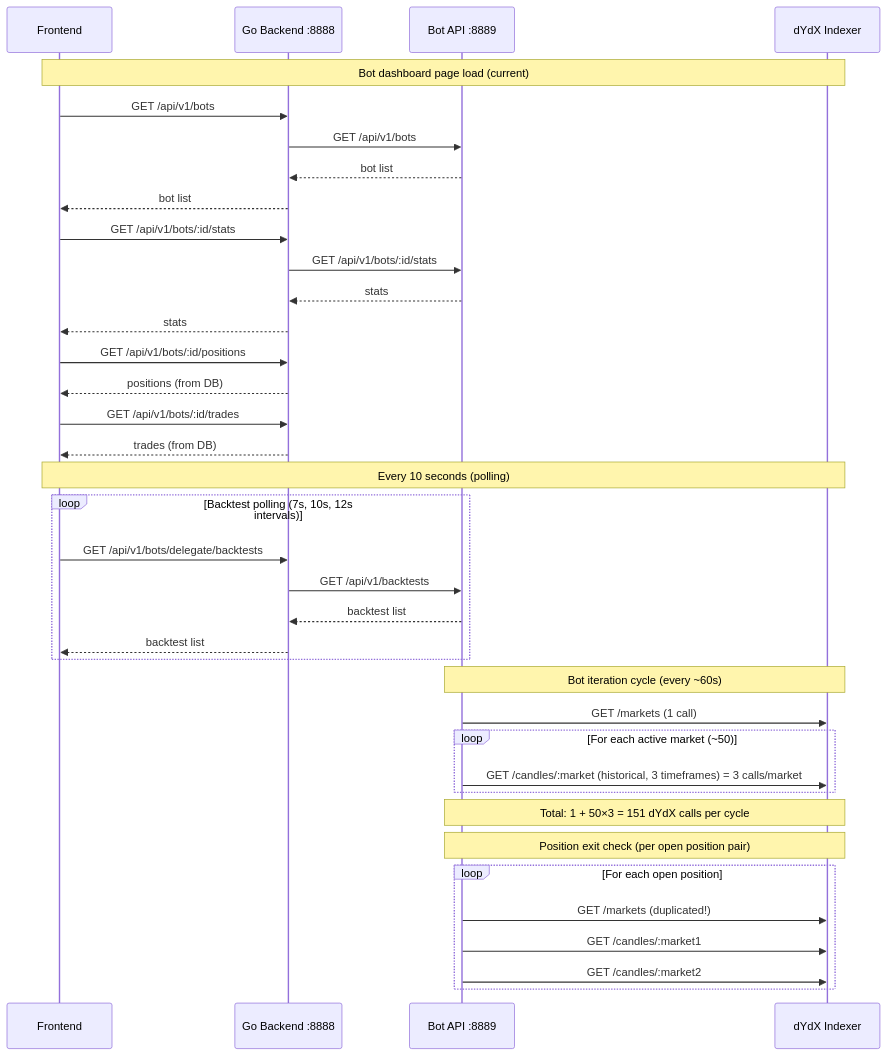
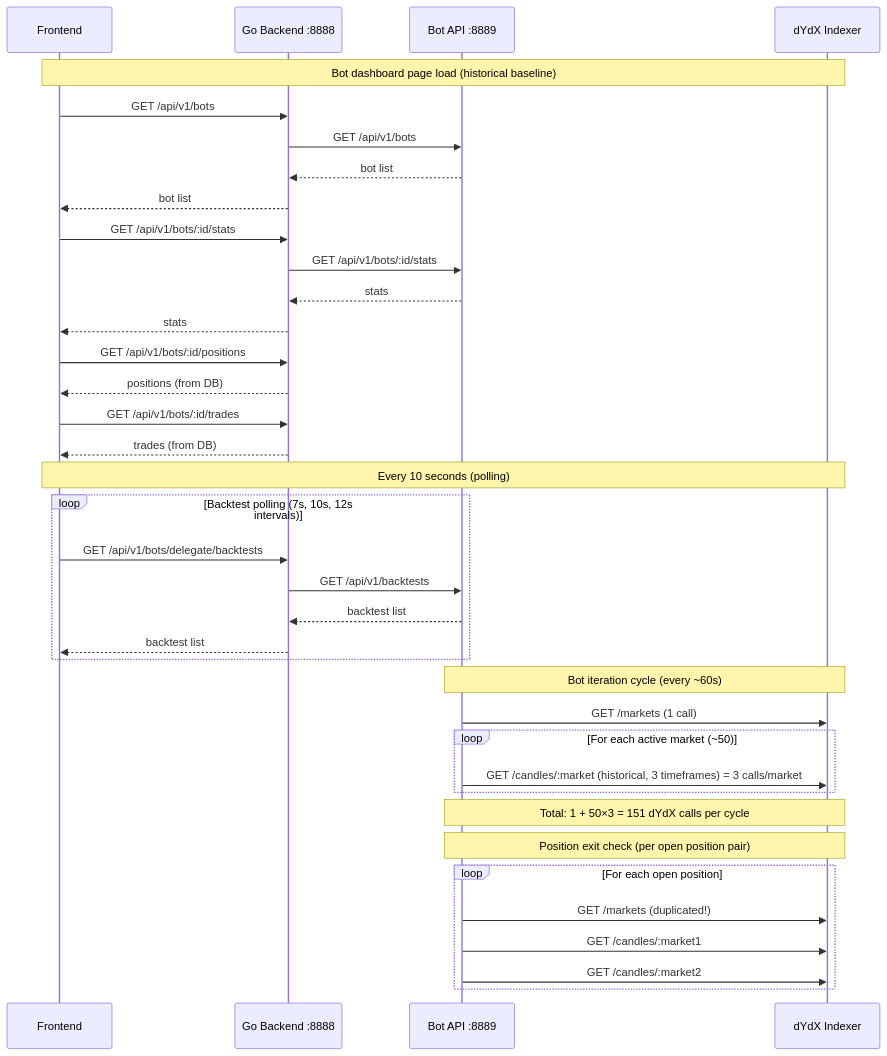
Before and after one commit to cploutarchou/dydx-trading-bot: the first of 4 diagrams in PROJECT_IMPROVEMENT_PLAN.md, drawn with Mermaid. The commit also changed other lines of this file and 14 other files, not shown here.

````diff
--- a/PROJECT_IMPROVEMENT_PLAN.md
+++ b/PROJECT_IMPROVEMENT_PLAN.md
@@ -72,46 +85,46 @@
 ```mermaid
 sequenceDiagram
     participant FE as Frontend
     participant BE as Go Backend :8888
     participant BOT as Bot API :8889
     participant DYDX as dYdX Indexer
 
-    Note over FE,DYDX: Bot dashboard page load (current)
+    Note over FE,DYDX: Bot dashboard page load (historical baseline)
     FE->>BE: GET /api/v1/bots
     BE->>BOT: GET /api/v1/bots
     BOT-->>BE: bot list
     BE-->>FE: bot list
 
     FE->>BE: GET /api/v1/bots/:id/stats
     BE->>BOT: GET /api/v1/bots/:id/stats
     BOT-->>BE: stats
     BE-->>FE: stats
 
     FE->>BE: GET /api/v1/bots/:id/positions
     BE-->>FE: positions (from DB)
 
     FE->>BE: GET /api/v1/bots/:id/trades
     BE-->>FE: trades (from DB)
 
     Note over FE,DYDX: Every 10 seconds (polling)
     loop Backtest polling (7s, 10s, 12s intervals)
         FE->>BE: GET /api/v1/bots/delegate/backtests
         BE->>BOT: GET /api/v1/backtests
         BOT-->>BE: backtest list
         BE-->>FE: backtest list
     end
 
     Note over BOT,DYDX: Bot iteration cycle (every ~60s)
     BOT->>DYDX: GET /markets  (1 call)
     loop For each active market (~50)
         BOT->>DYDX: GET /candles/:market (historical, 3 timeframes) = 3 calls/market
     end
     Note over BOT,DYDX: Total: 1 + 50×3 = 151 dYdX calls per cycle
 
     Note over BOT,DYDX: Position exit check (per open position pair)
     loop For each open position
         BOT->>DYDX: GET /markets  (duplicated!)
         BOT->>DYDX: GET /candles/:market1
         BOT->>DYDX: GET /candles/:market2
     end
 ```
````
